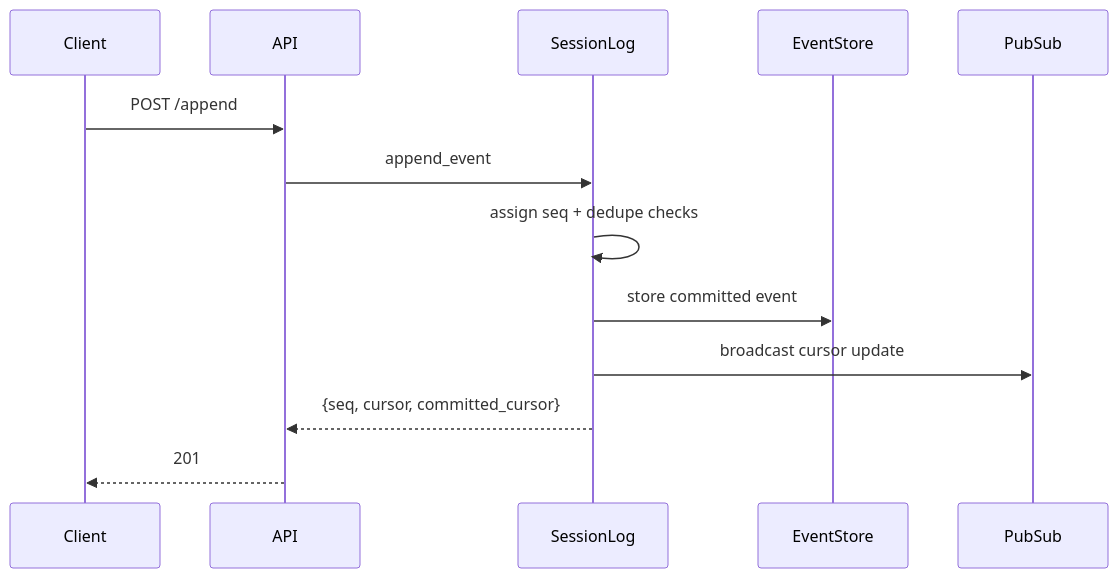
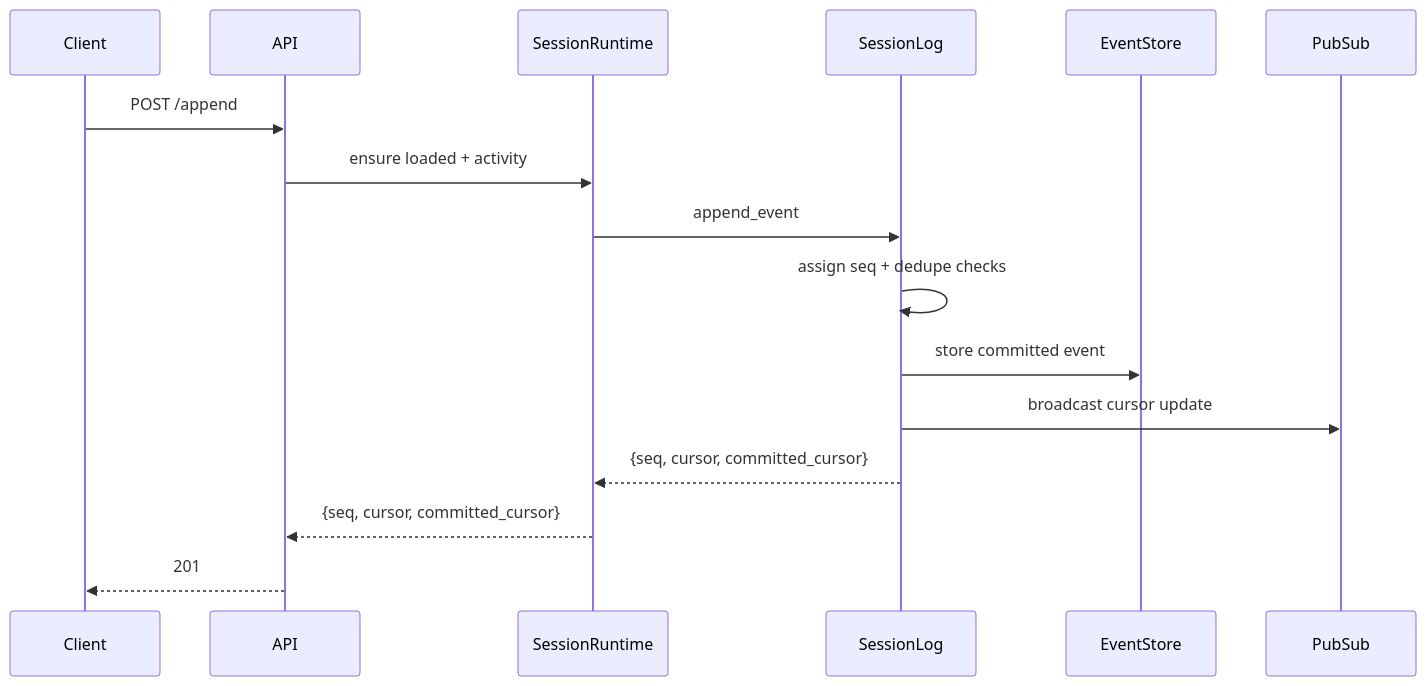
The first of 2 diagrams in docs/architecture.md (fastpaca/starcite), drawn with Mermaid before and after one commit. The commit also changed other lines of this file and 7 other files, not shown here.

Commit message:
Refactor session runtime lifecycle ownership

````diff
--- a/docs/architecture.md
+++ b/docs/architecture.md
@@ -48,16 +59,19 @@
 ```mermaid
 sequenceDiagram
     participant C as Client
     participant A as API
+    participant R as SessionRuntime
     participant O as SessionLog
     participant E as EventStore
     participant P as PubSub
 
     C->>A: POST /append
-    A->>O: append_event
+    A->>R: ensure loaded + activity
+    R->>O: append_event
     O->>O: assign seq + dedupe checks
     O->>E: store committed event
     O->>P: broadcast cursor update
-    O-->>A: {seq, cursor, committed_cursor}
+    O-->>R: {seq, cursor, committed_cursor}
+    R-->>A: {seq, cursor, committed_cursor}
     A-->>C: 201
 ```
````
